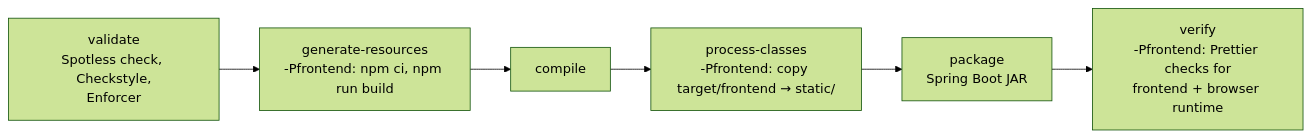
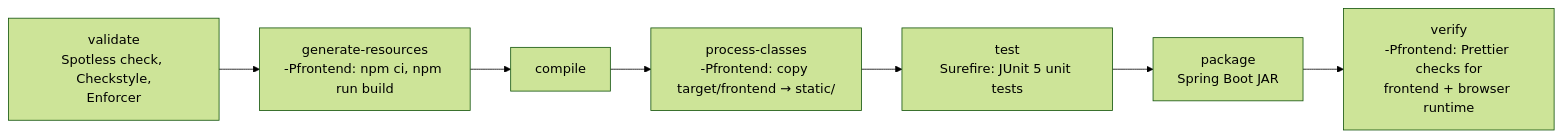
The diagram in docs/development.md (velocity-ds/velocity), drawn with Mermaid (forest theme) before and after one commit. The commit also changed other lines of this file and 51 other files, not shown here.

First line of the commit message:
Add unit test coverage and reopen testing in the contributor docs

````diff
--- a/docs/development.md
+++ b/docs/development.md
@@ -49,8 +57,9 @@
 ```mermaid
 flowchart LR
   v[validate<br/>Spotless check, Checkstyle,<br/>Enforcer] --> gr[generate-resources<br/>-Pfrontend: npm ci, npm run build]
   gr --> c[compile]
   c --> pc[process-classes<br/>-Pfrontend: copy target/frontend → static/]
-  pc --> p[package<br/>Spring Boot JAR]
+  pc --> t[test<br/>Surefire: JUnit 5 unit tests]
+  t --> p[package<br/>Spring Boot JAR]
   p --> vf[verify<br/>-Pfrontend: Prettier checks for<br/>frontend + browser runtime]
 ```
````
